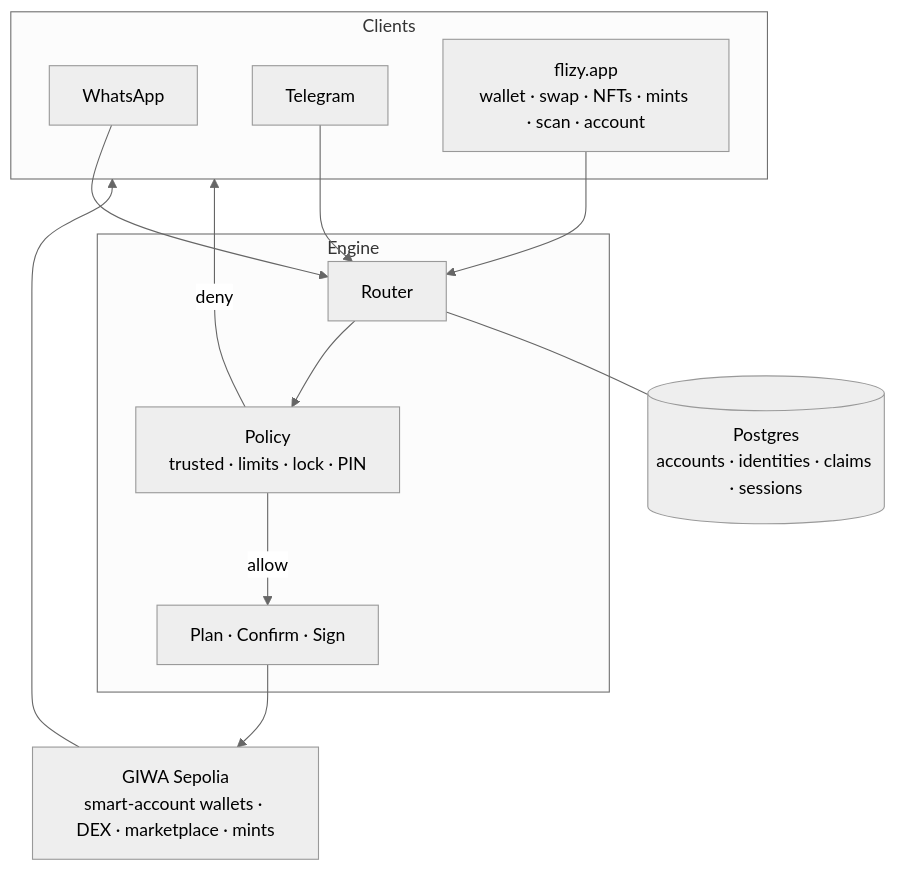
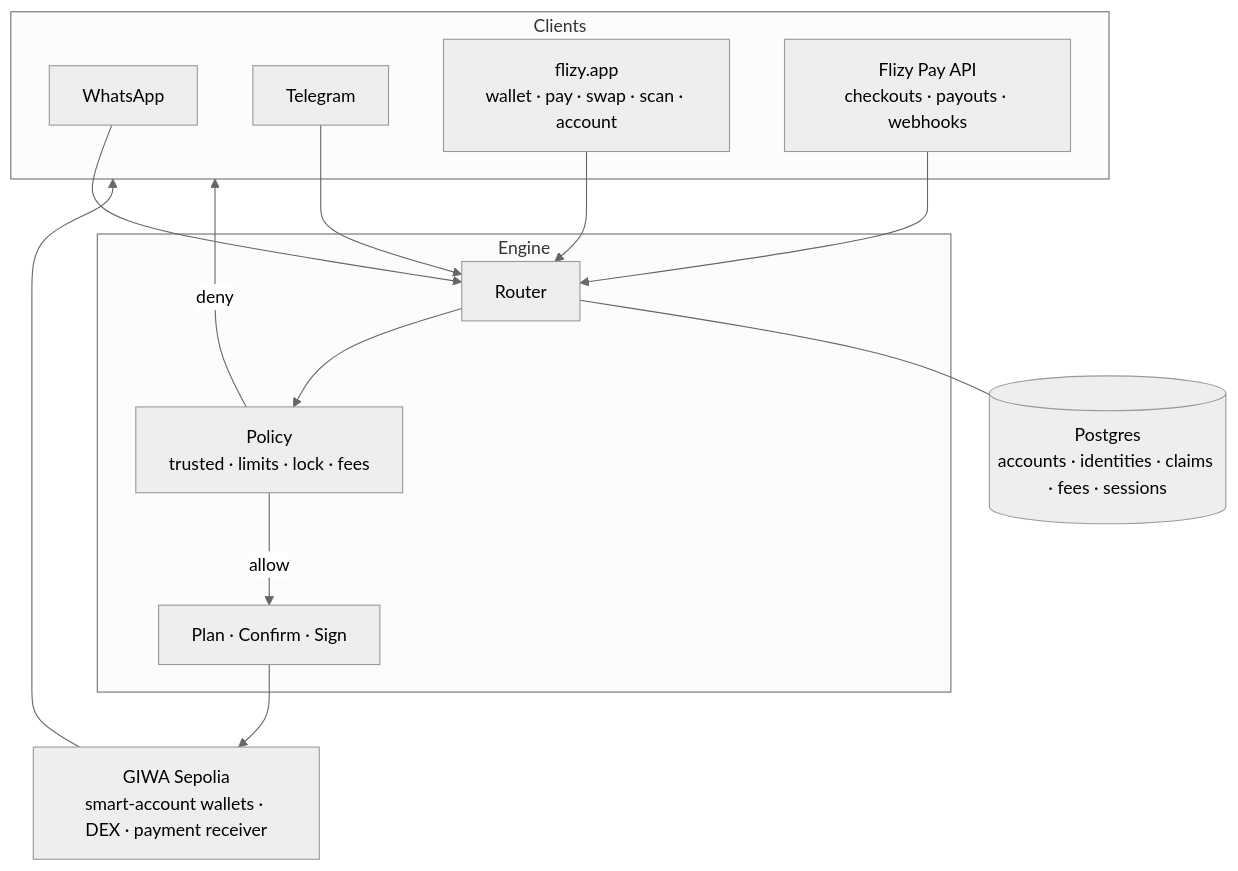
One commit to rudazy/flizy changed the third of 5 diagrams in README.md. Above: the diagram before and after it, drawn with Mermaid. The commit also changed other lines of this file, not shown here.

````diff
--- a/README.md
+++ b/README.md
@@ -238,28 +284,30 @@
 ```mermaid
 %%{init: {'theme': 'neutral'}}%%
 flowchart TB
   subgraph clients["Clients"]
     WA["WhatsApp"]
     TG["Telegram"]
-    WEB["flizy.app<br/>wallet · swap · NFTs · mints · scan · account"]
+    WEB["flizy.app<br/>wallet · pay · swap · scan · account"]
+    API["Flizy Pay API<br/>checkouts · payouts · webhooks"]
   end
 
   subgraph engine["Engine"]
     R["Router"]
-    P["Policy<br/>trusted · limits · lock · PIN"]
+    P["Policy<br/>trusted · limits · lock · fees"]
     X["Plan · Confirm · Sign"]
   end
 
-  DB[("Postgres<br/>accounts · identities · claims · sessions")]
-  CH["GIWA Sepolia<br/>smart-account wallets · DEX · marketplace · mints"]
+  DB[("Postgres<br/>accounts · identities · claims · fees · sessions")]
+  CH["GIWA Sepolia<br/>smart-account wallets · DEX · payment receiver"]
 
   WA --> R
   TG --> R
   WEB --> R
+  API --> R
   R --> P
   P -->|allow| X
   P -->|deny| clients
   R --- DB
   X --> CH
   CH --> clients
 ```
````
